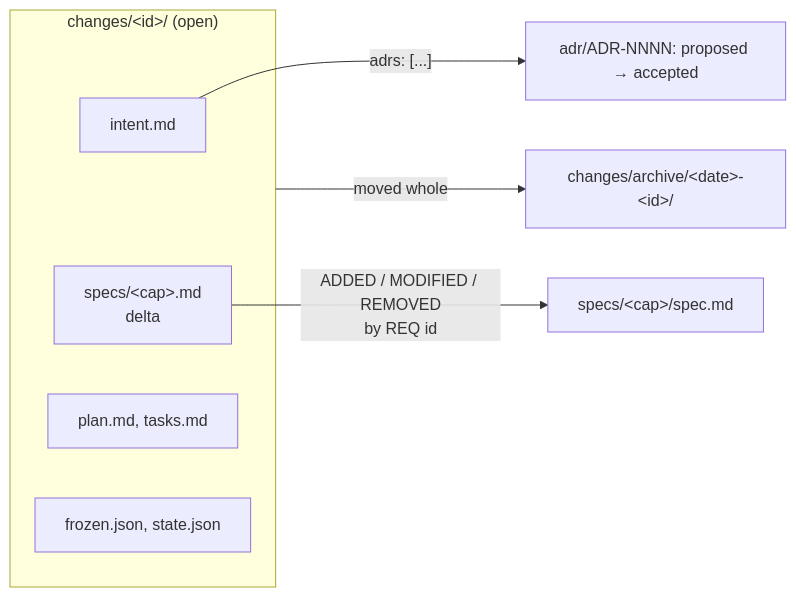
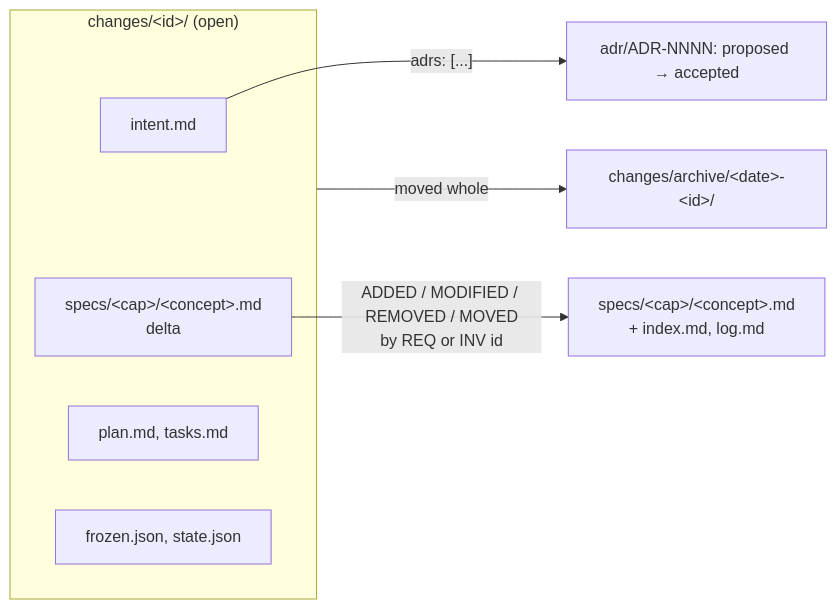
Before and after one commit to gpr/claude-plugins: the diagram in plugins/meta/sdd/docs/reference/repo-layout.md, drawn with Mermaid. The commit also changed other lines of this file and 19 other files, not shown here.

````diff
--- a/plugins/meta/sdd/docs/reference/repo-layout.md
+++ b/plugins/meta/sdd/docs/reference/repo-layout.md
@@ -38,12 +43,12 @@
 ```mermaid
 flowchart LR
     subgraph open ["changes/&lt;id&gt;/ (open)"]
         I[intent.md]
-        DL["specs/&lt;cap&gt;.md<br/>delta"]
+        DL["specs/&lt;cap&gt;/&lt;concept&gt;.md<br/>delta"]
         PT[plan.md, tasks.md]
         FJ[frozen.json, state.json]
     end
-    DL -- "ADDED / MODIFIED / REMOVED<br/>by REQ id" --> LS["specs/&lt;cap&gt;/spec.md"]
+    DL -- "ADDED / MODIFIED / REMOVED / MOVED<br/>by REQ or INV id" --> LS["specs/&lt;cap&gt;/&lt;concept&gt;.md<br/>+ index.md, log.md"]
     I -- "adrs: [...]" --> ADR["adr/ADR-NNNN: proposed → accepted"]
     open -- "moved whole" --> AR["changes/archive/&lt;date&gt;-&lt;id&gt;/"]
 ```
````
